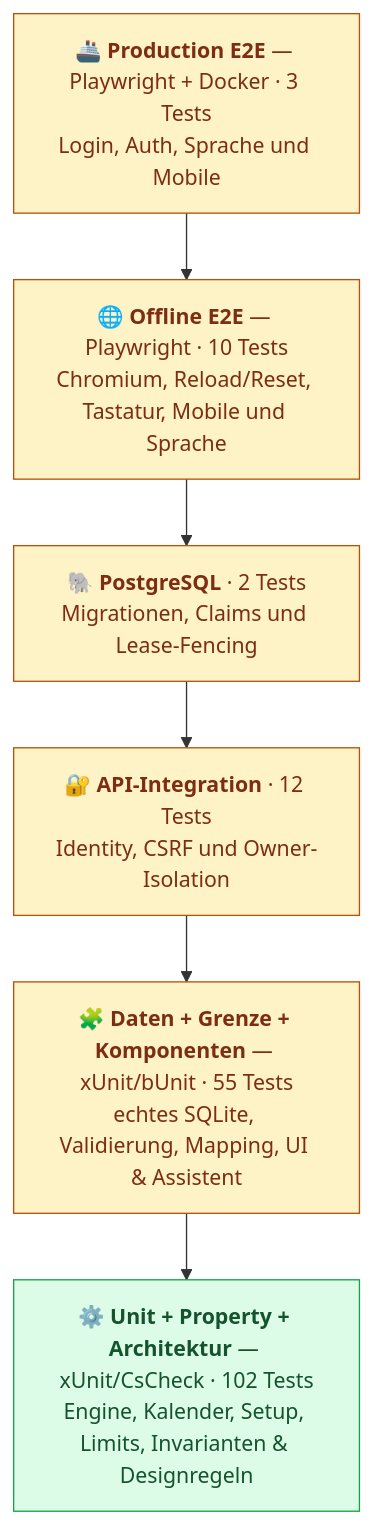
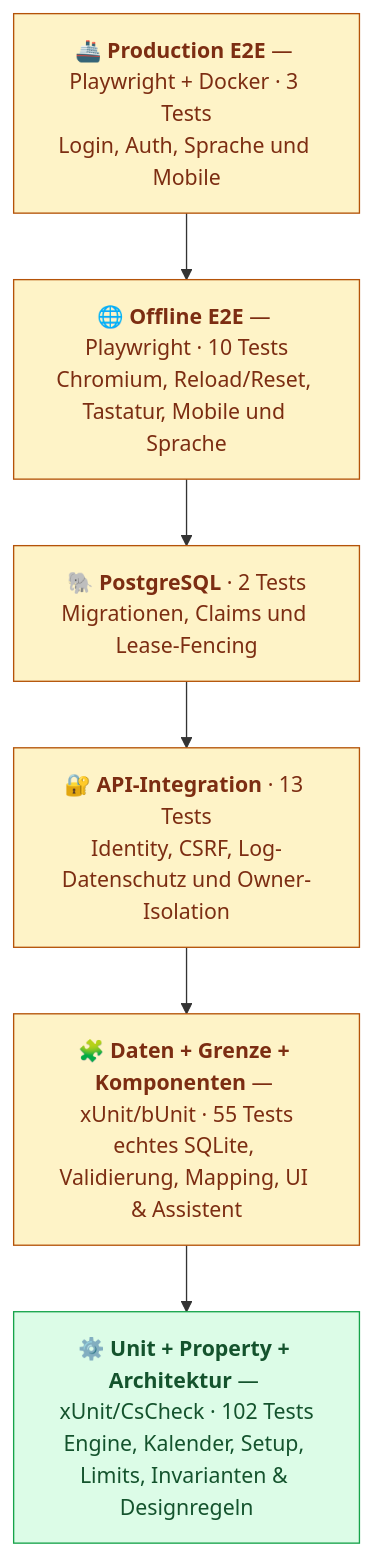
One commit to aco993/WorkPlanStudio changed the diagram in docs/TESTING.de.md. Above: the diagram before and after it, drawn with Mermaid. The commit also changed other lines of this file and 9 other files, not shown here.

````diff
--- a/docs/TESTING.de.md
+++ b/docs/TESTING.de.md
@@ -14,16 +14,16 @@
 ```mermaid
 graph TD
     PROD["🚢 <b>Production E2E</b> — Playwright + Docker · 3 Tests<br/>Login, Auth, Sprache und Mobile"]
     E2E["🌐 <b>Offline E2E</b> — Playwright · 10 Tests<br/>Chromium, Reload/Reset, Tastatur, Mobile und Sprache"]
     PG["🐘 <b>PostgreSQL</b> · 2 Tests<br/>Migrationen, Claims und Lease-Fencing"]
-    API["🔐 <b>API-Integration</b> · 12 Tests<br/>Identity, CSRF und Owner-Isolation"]
+    API["🔐 <b>API-Integration</b> · 13 Tests<br/>Identity, CSRF, Log-Datenschutz und Owner-Isolation"]
     WEB["🧩 <b>Daten + Grenze + Komponenten</b> — xUnit/bUnit · 55 Tests<br/>echtes SQLite, Validierung, Mapping, UI &amp; Assistent"]
     UNIT["⚙️ <b>Unit + Property + Architektur</b> — xUnit/CsCheck · 102 Tests<br/>Engine, Kalender, Setup, Limits, Invarianten &amp; Designregeln"]
 
     PROD --> E2E --> PG --> API --> WEB --> UNIT
 
     classDef fast fill:#dcfce7,stroke:#16a34a,color:#14532d;
     classDef slow fill:#fef3c7,stroke:#b45309,color:#7c2d12;
     class UNIT fast;
     class WEB,API,PG,E2E,PROD slow;
 ```
````
